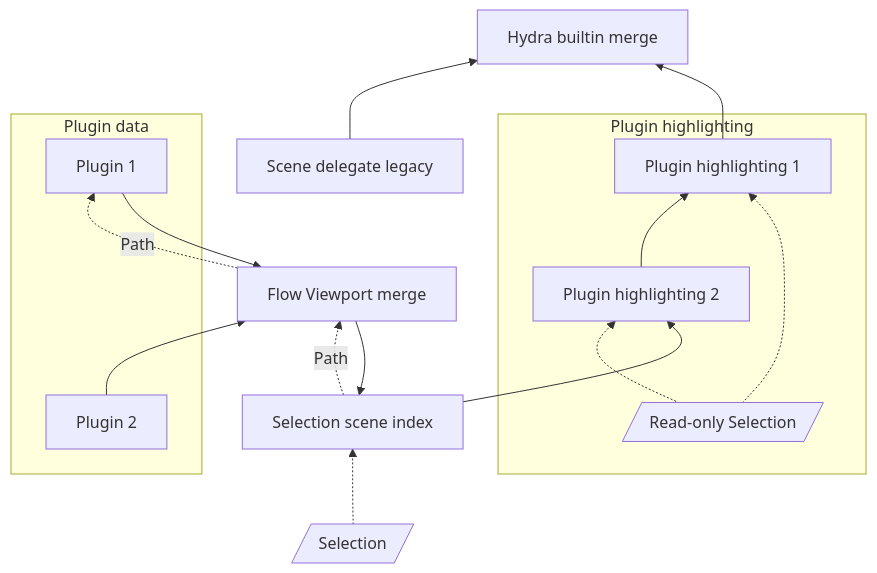
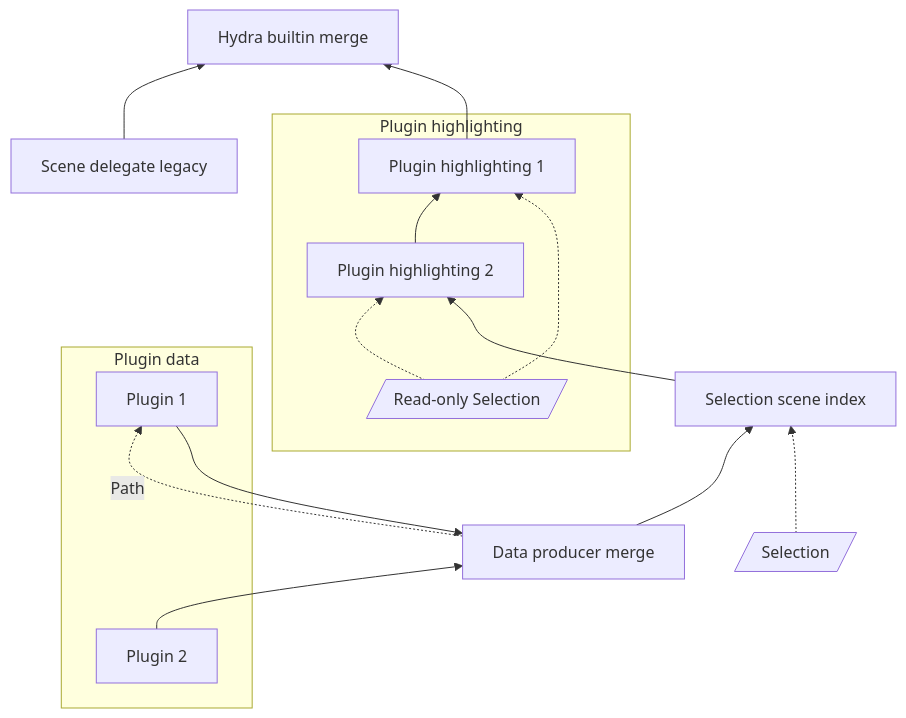
One commit to Autodesk/maya-hydra changed the first of 3 diagrams in doc/selectionHighlightingArchitecture.md. Above: the diagram before and after it, drawn with Mermaid. The commit also changed other lines of this file and 38 other files, not shown here.

````diff
--- a/doc/selectionHighlightingArchitecture.md
+++ b/doc/selectionHighlightingArchitecture.md
@@ -154,21 +152,20 @@
 ```mermaid
 graph BT;
     lgcy[Scene delegate legacy]-->hm[Hydra builtin merge];
     ph1[Plugin highlighting 1]-->hm;
     subgraph ph[Plugin highlighting]
         ph2[Plugin highlighting 2]-->ph1;
         roSn[/Read-only Selection/]-.->ph1;
         roSn-.->ph2;
     end
     snSi[Selection scene index]-->ph2;
-    fvpm[Flow Viewport merge]-->snSi;
+    dpm[Data producer merge]-->snSi;
     subgraph pd[Plugin data]
         p1[Plugin 1];
         p2[Plugin 2];
     end
-    fvpm-. Path .->p1;
-    p1-->fvpm;
-    p2-->fvpm;
-    snSi-. Path .->fvpm;
+    dpm-. Path .->p1;
+    p1-->dpm;
+    p2-->dpm;
     sn[/Selection/]-.->snSi;
 ```
````
